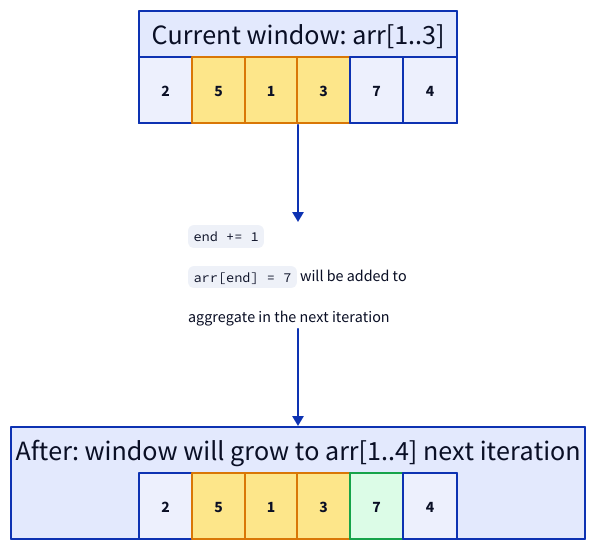
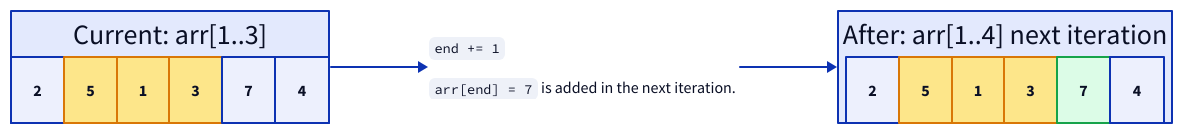
One commit to ani2fun/note-book changed the eighth of 18 diagrams in src/computer-science/DSA/data-structures/1.arrays/08-pattern-variable-sliding-window.md. Above: the diagram before and after it, drawn with D2. The commit also changed other lines of this file and 28 other files, not shown here.

First line of the commit message:
DSA topics 1-5: lay out flow-style d2 diagrams horizontally

````diff
--- a/src/computer-science/DSA/data-structures/1.arrays/08-pattern-variable-sliding-window.md
+++ b/src/computer-science/DSA/data-structures/1.arrays/08-pattern-variable-sliding-window.md
@@ -299,34 +303,34 @@
 ```d2
-before: "Current window: arr[1..3]" {
+direction: right
+
+before: "Current: arr[1..3]" {
   grid-columns: 6
   grid-gap: 0
   a0: "2"
   a1: "5" {style.fill: "#fde68a"; style.stroke: "#d97706"}
   a2: "1" {style.fill: "#fde68a"; style.stroke: "#d97706"}
   a3: "3" {style.fill: "#fde68a"; style.stroke: "#d97706"}
   a4: "7"
   a5: "4"
 }
 
 op: |md
   `end += 1`
 
-  `arr[end] = 7` will be added to
-
-  aggregate in the next iteration
+  `arr[end] = 7` is added in the next iteration.
 |
 
-after: "After: window will grow to arr[1..4] next iteration" {
+after: "After: arr[1..4] next iteration" {
   grid-columns: 6
   grid-gap: 0
   b0: "2"
   b1: "5" {style.fill: "#fde68a"; style.stroke: "#d97706"}
   b2: "1" {style.fill: "#fde68a"; style.stroke: "#d97706"}
   b3: "3" {style.fill: "#fde68a"; style.stroke: "#d97706"}
   b4: "7" {style.fill: "#dcfce7"; style.stroke: "#16a34a"}
   b5: "4"
 }
 
 before -> op
 op -> after
 ```
````
